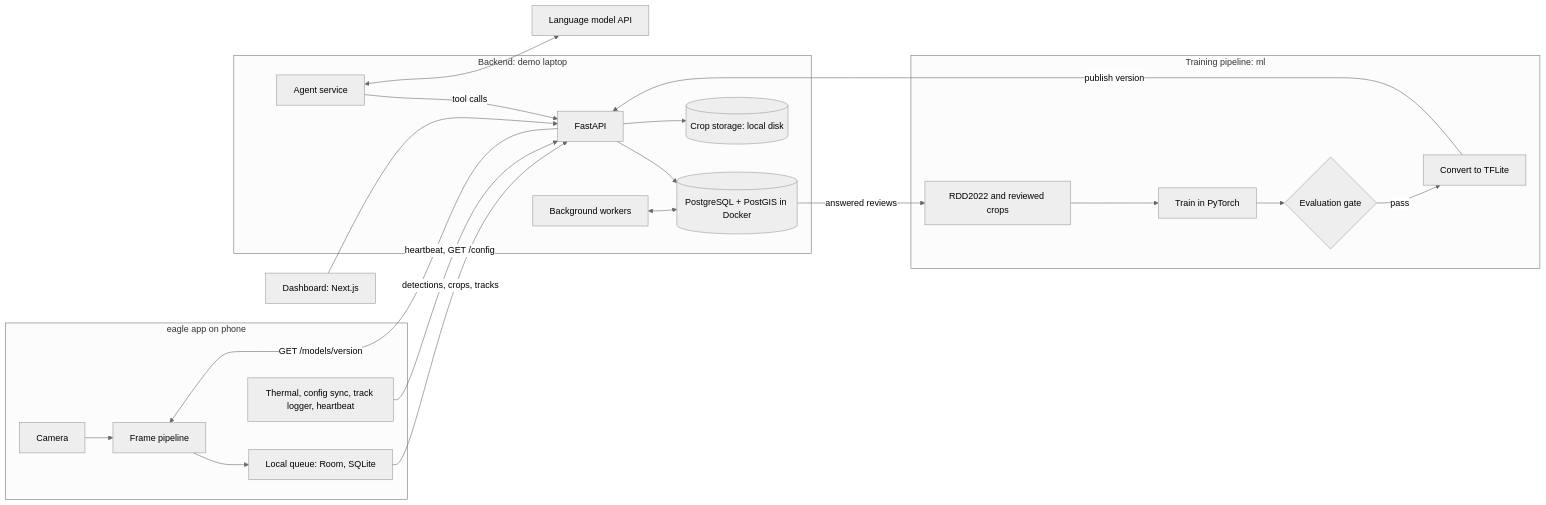
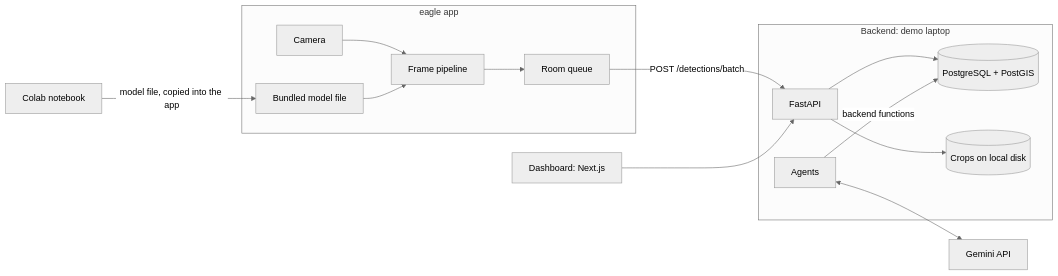
The first of 3 diagrams in docs/architecture.md (lloonnn/BirdEyeV33), drawn with Mermaid (neutral theme) before and after one commit. The commit also changed other lines of this file and 16 other files, not shown here.

Commit message:
docs: untrack local files and match api-contract, architecture and faq to the code

````diff
--- a/docs/architecture.md
+++ b/docs/architecture.md
@@ -32,37 +28,27 @@
 ```mermaid
 flowchart LR
-    subgraph Phone["eagle app on phone"]
+    subgraph Phone["eagle app"]
         CAM[Camera] --> PIPE["Frame pipeline"]
-        PIPE --> QUEUE["Local queue: Room, SQLite"]
-        SVC["Thermal, config sync, track logger, heartbeat"]
+        PIPE --> QUEUE["Room queue"]
+        MODEL["Bundled model file"] --> PIPE
     end
 
     subgraph Server["Backend: demo laptop"]
         API["FastAPI"]
-        WRK["Background workers"]
-        AGT["Agent service"]
-        DB[("PostgreSQL + PostGIS in Docker")]
-        OBJ[("Crop storage: local disk")]
+        AGT["Agents"]
+        DB[("PostgreSQL + PostGIS")]
+        OBJ[("Crops on local disk")]
         API --> DB
         API --> OBJ
-        WRK <--> DB
-        AGT -->|"tool calls"| API
+        AGT -->|"backend functions"| DB
     end
 
-    LLM["Language model API"]
+    LLM["Gemini API"]
     DASH["Dashboard: Next.js"]
+    NB["Colab notebook"]
 
-    subgraph Train["Training pipeline: ml"]
-        DATA["RDD2022 and reviewed crops"] --> FIT["Train in PyTorch"]
-        FIT --> GATE{"Evaluation gate"}
-        GATE -->|pass| CONV["Convert to TFLite"]
-    end
-
-    QUEUE -->|"detections, crops, tracks"| API
-    SVC -->|"heartbeat, GET /config"| API
-    API -->|"GET /models/version"| PIPE
+    QUEUE -->|"POST /detections/batch"| API
+    DASH --> API
     AGT <--> LLM
-    DASH --> API
-    DB -->|"answered reviews"| DATA
-    CONV -->|"publish version"| API
+    NB -->|"model file, copied into the app"| MODEL
 ```
````
